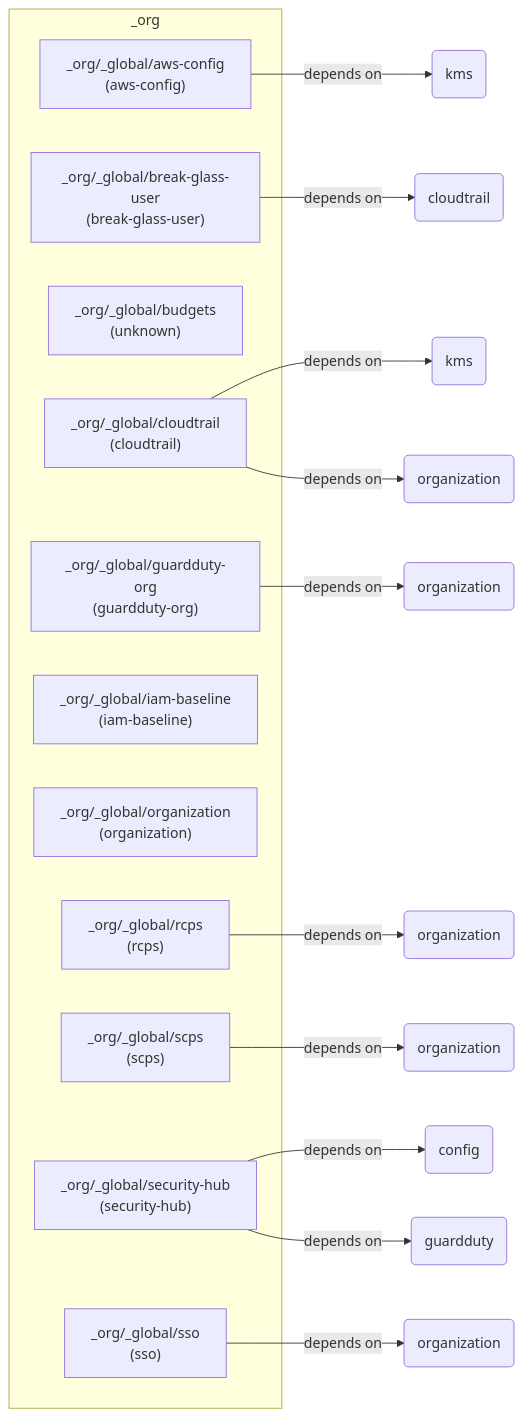
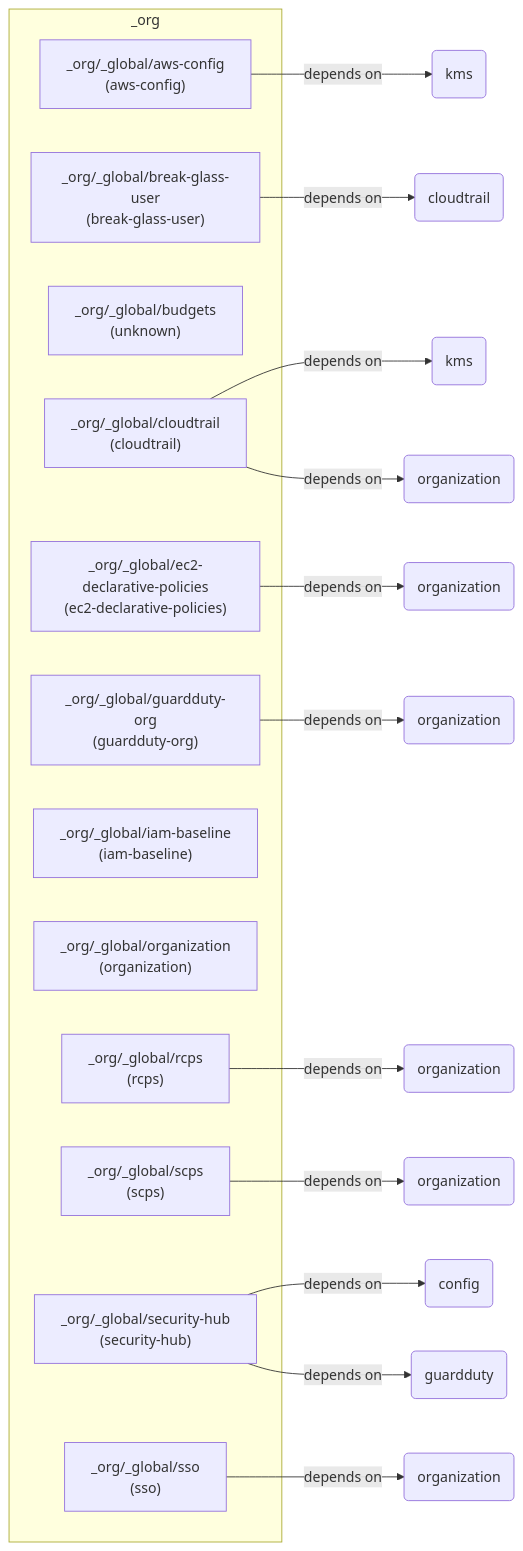
The diagram in docs/diagrams/_org.md (100rd/platform-design), drawn with Mermaid before and after one commit. The commit also changed 1 other file, not shown here.

Commit message:
docs: regenerate infrastructure diagrams

````diff
--- a/docs/diagrams/_org.md
+++ b/docs/diagrams/_org.md
@@ -7,26 +7,28 @@
 ```mermaid
 graph LR
   subgraph _org["_org"]
     _org__global_aws_config["_org/_global/aws-config<br/>(aws-config)"]
     _org__global_break_glass_user["_org/_global/break-glass-user<br/>(break-glass-user)"]
     _org__global_budgets["_org/_global/budgets<br/>(unknown)"]
     _org__global_cloudtrail["_org/_global/cloudtrail<br/>(cloudtrail)"]
+    _org__global_ec2_declarative_policies["_org/_global/ec2-declarative-policies<br/>(ec2-declarative-policies)"]
     _org__global_guardduty_org["_org/_global/guardduty-org<br/>(guardduty-org)"]
     _org__global_iam_baseline["_org/_global/iam-baseline<br/>(iam-baseline)"]
     _org__global_organization["_org/_global/organization<br/>(organization)"]
     _org__global_rcps["_org/_global/rcps<br/>(rcps)"]
     _org__global_scps["_org/_global/scps<br/>(scps)"]
     _org__global_security_hub["_org/_global/security-hub<br/>(security-hub)"]
     _org__global_sso["_org/_global/sso<br/>(sso)"]
   end
   _org__global_aws_config -->|depends on| _org__global_aws_config__dep__kms(kms)
   _org__global_break_glass_user -->|depends on| _org__global_break_glass_user__dep__cloudtrail(cloudtrail)
   _org__global_cloudtrail -->|depends on| _org__global_cloudtrail__dep__kms(kms)
   _org__global_cloudtrail -->|depends on| _org__global_cloudtrail__dep__organization(organization)
+  _org__global_ec2_declarative_policies -->|depends on| _org__global_ec2_declarative_policies__dep__organization(organization)
   _org__global_guardduty_org -->|depends on| _org__global_guardduty_org__dep__organization(organization)
   _org__global_rcps -->|depends on| _org__global_rcps__dep__organization(organization)
   _org__global_scps -->|depends on| _org__global_scps__dep__organization(organization)
   _org__global_security_hub -->|depends on| _org__global_security_hub__dep__config(config)
   _org__global_security_hub -->|depends on| _org__global_security_hub__dep__guardduty(guardduty)
   _org__global_sso -->|depends on| _org__global_sso__dep__organization(organization)
 ```
````
